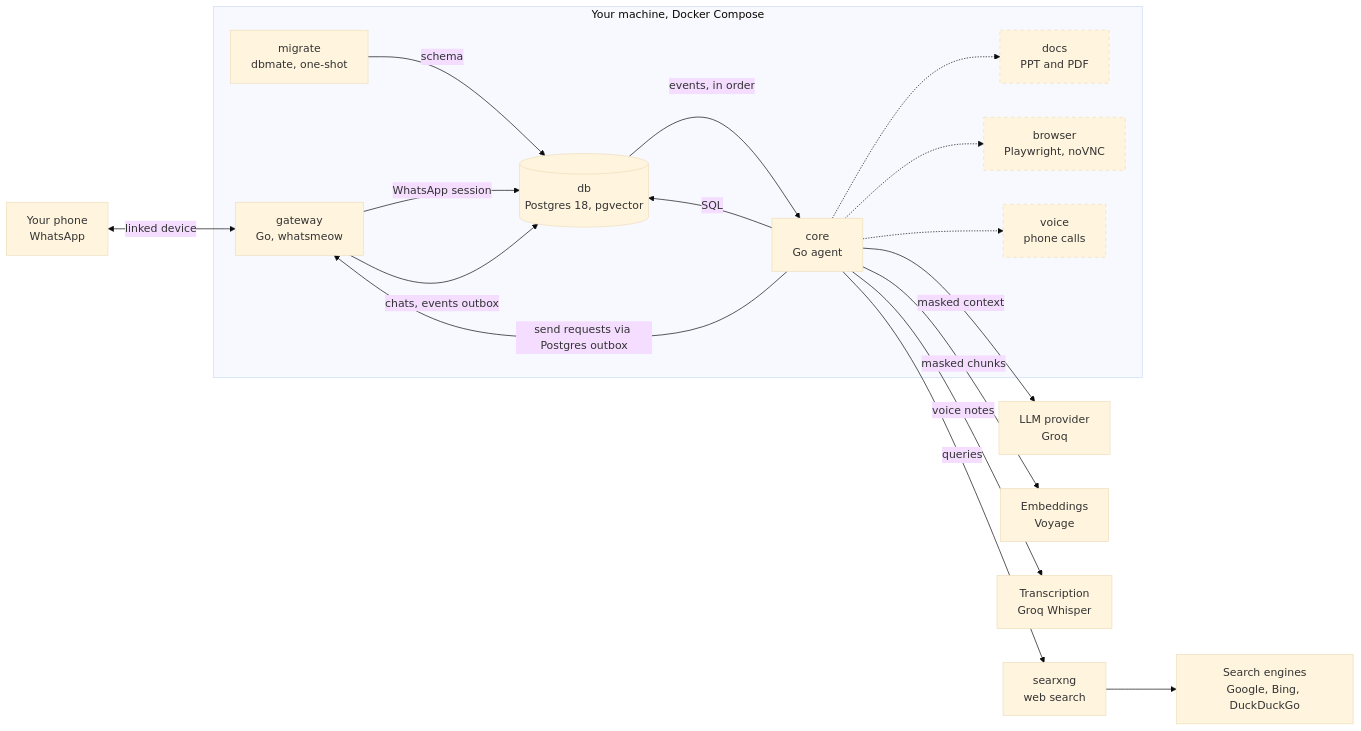
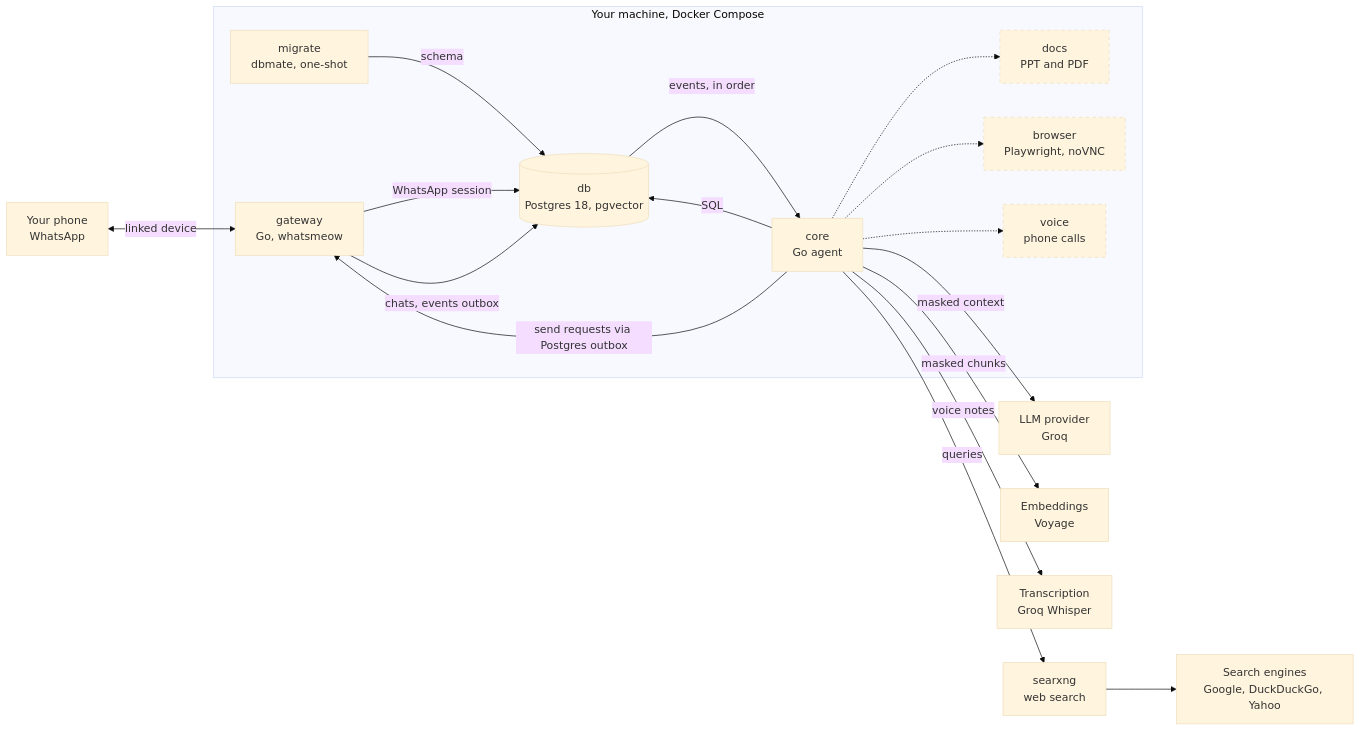
One commit to dhananjay6561/kaya changed the first of 5 diagrams in README.md. Above: the diagram before and after it, drawn with Mermaid (base theme). The commit also changed other lines of this file, not shown here.

Commit message:
update the readme for numbered links and the new engines

````diff
--- a/README.md
+++ b/README.md
@@ -270,38 +272,38 @@
 ```mermaid
 flowchart LR
     phone["Your phone<br/>WhatsApp"]
     llm["LLM provider<br/>Groq"]
     embed["Embeddings<br/>Voyage"]
     stt["Transcription<br/>Groq Whisper"]
     searxng["searxng<br/>web search"]
-    engines["Search engines<br/>Google, Bing, DuckDuckGo"]
+    engines["Search engines<br/>Google, DuckDuckGo, Yahoo"]
 
     subgraph host["Your machine, Docker Compose"]
         gateway["gateway<br/>Go, whatsmeow"]
         core["core<br/>Go agent"]
         db[("db<br/>Postgres 18, pgvector")]
         migrate["migrate<br/>dbmate, one-shot"]
         docs["docs<br/>PPT and PDF"]
         browser["browser<br/>Playwright, noVNC"]
         voice["voice<br/>phone calls"]
     end
 
     phone <-->|"linked device"| gateway
     migrate -->|"schema"| db
     gateway -->|"WhatsApp session"| db
     core -->|"SQL"| db
     gateway -->|"chats, events outbox"| db
     db -->|"events, in order"| core
     core -->|"send requests via Postgres outbox"| gateway
     core -->|"masked context"| llm
     core -->|"masked chunks"| embed
     core -->|"voice notes"| stt
     core -->|"queries"| searxng
     searxng --> engines
     core -.-> docs
     core -.-> browser
     core -.-> voice
 
     classDef planned stroke-dasharray: 5 5
     class docs,browser,voice planned
 ```
````
